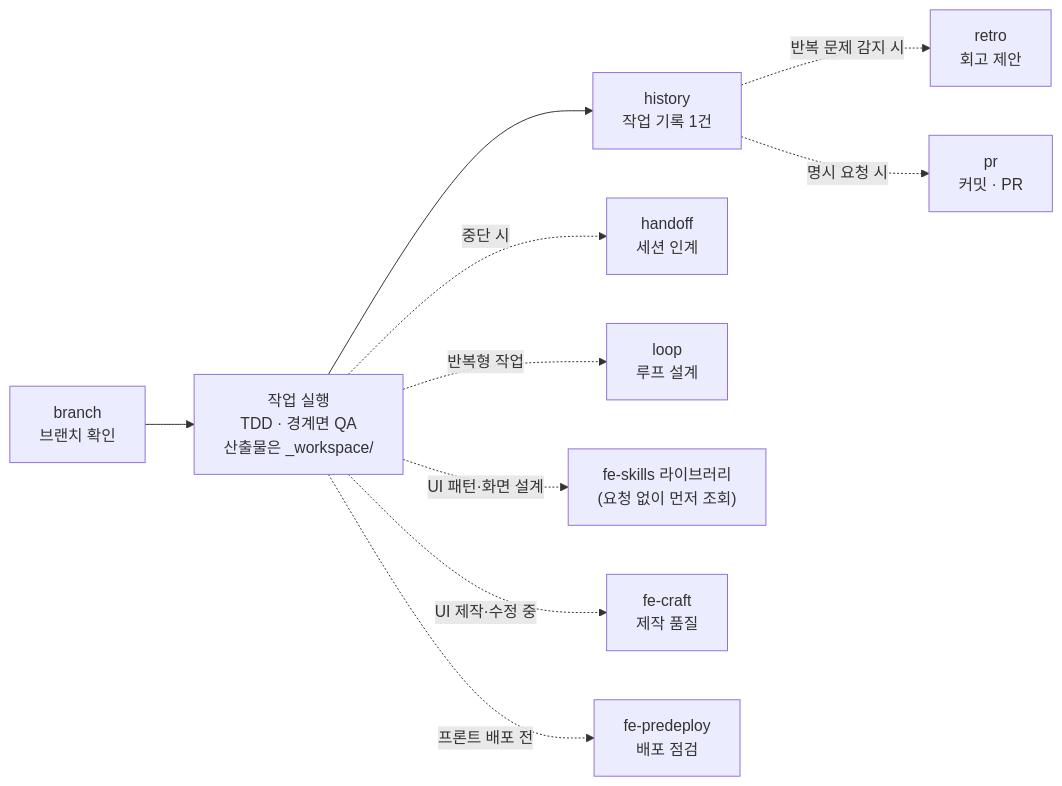
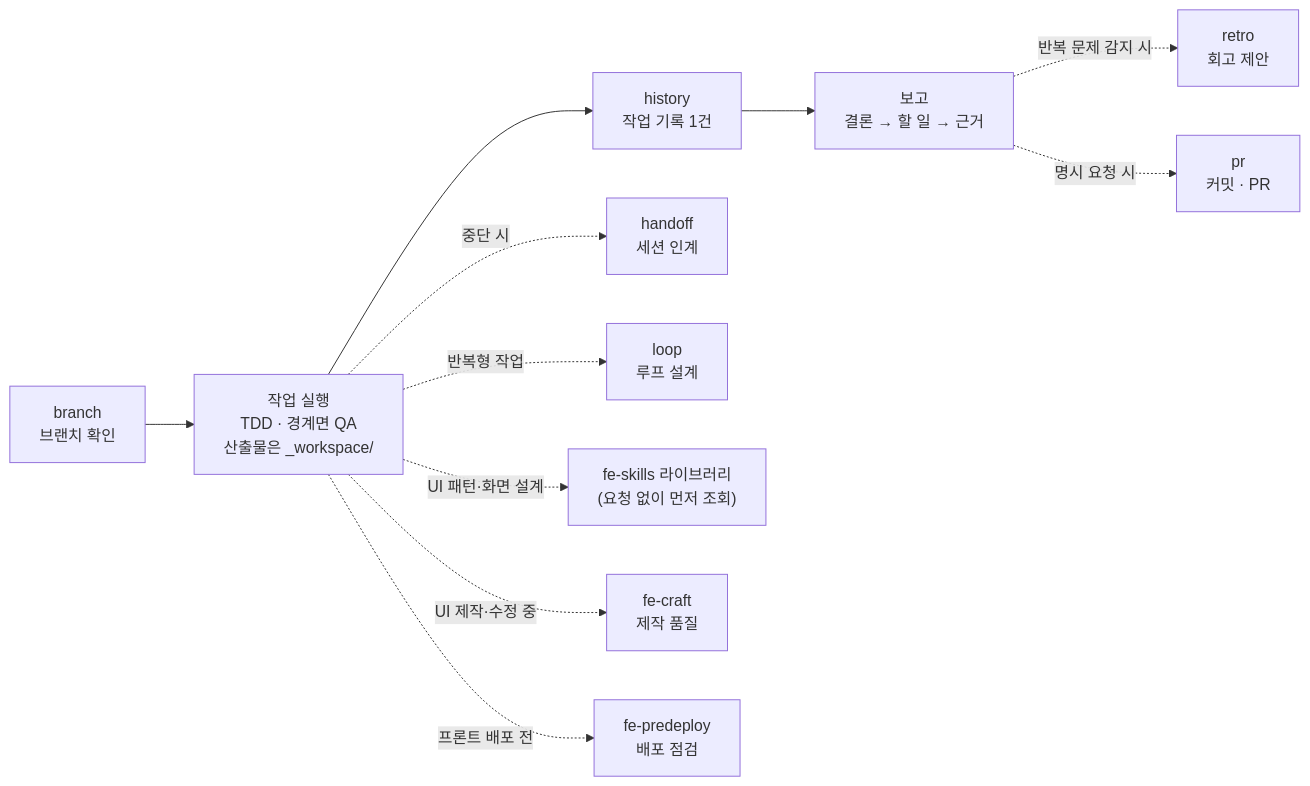
Before and after one commit to Guksu/guksu-harness: the diagram in README.md, drawn with Mermaid. The commit also changed other lines of this file and 19 other files, not shown here.

````diff
--- a/README.md
+++ b/README.md
@@ -434,12 +471,13 @@
 ```mermaid
 flowchart LR
     B["branch<br/>브랜치 확인"] --> W["작업 실행<br/>TDD · 경계면 QA<br/>산출물은 _workspace/"]
     W --> D["history<br/>작업 기록 1건"]
-    D -. 반복 문제 감지 시 .-> T["retro<br/>회고 제안"]
-    D -. 명시 요청 시 .-> P["pr<br/>커밋 · PR"]
+    D --> S["보고<br/>결론 → 할 일 → 근거"]
+    S -. 반복 문제 감지 시 .-> T["retro<br/>회고 제안"]
+    S -. 명시 요청 시 .-> P["pr<br/>커밋 · PR"]
     W -. 중단 시 .-> H["handoff<br/>세션 인계"]
     W -. 반복형 작업 .-> L["loop<br/>루프 설계"]
     W -. UI 패턴·화면 설계 .-> U["fe-skills 라이브러리<br/>(요청 없이 먼저 조회)"]
     W -. UI 제작·수정 중 .-> C["fe-craft<br/>제작 품질"]
     W -. 프론트 배포 전 .-> F["fe-predeploy<br/>배포 점검"]
 ```
````
